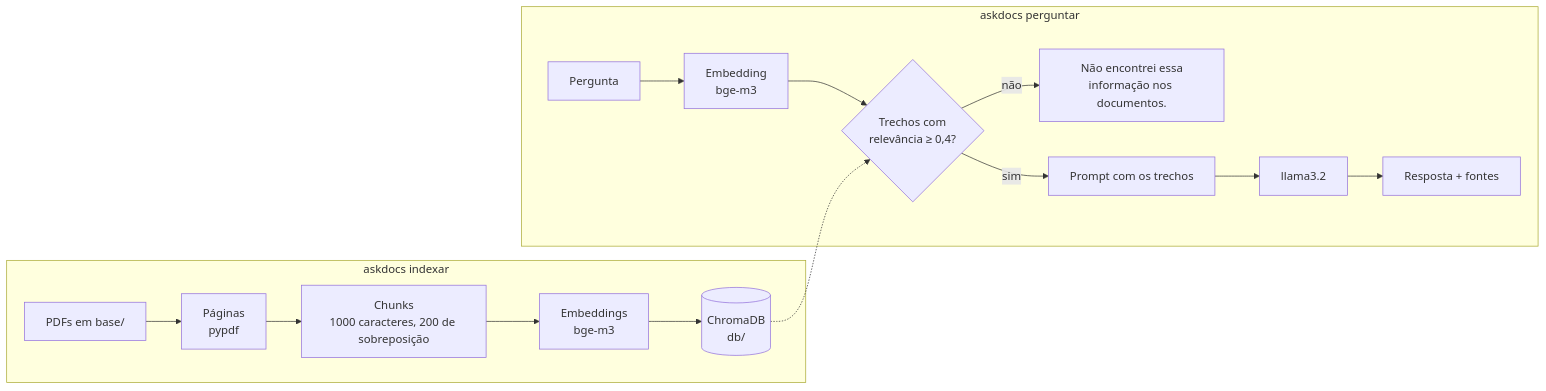
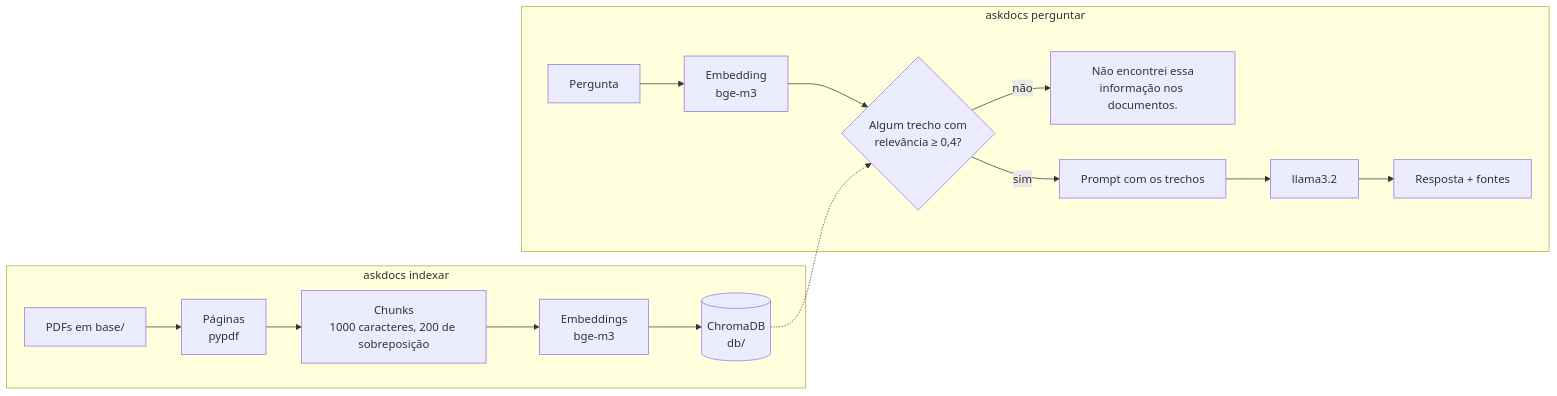
The diagram in README.md (LucasEstrela-FullStack/Askdocs), drawn with Mermaid before and after one commit. The commit also changed other lines of this file and 5 other files, not shown here.

````diff
--- a/README.md
+++ b/README.md
@@ -18,16 +18,16 @@
 ```mermaid
 flowchart LR
     subgraph indexar["askdocs indexar"]
         A[PDFs em base/] --> B[Páginas<br/>pypdf]
         B --> C[Chunks<br/>1000 caracteres, 200 de sobreposição]
         C --> D[Embeddings<br/>bge-m3]
         D --> E[(ChromaDB<br/>db/)]
     end
     subgraph perguntar["askdocs perguntar"]
         P[Pergunta] --> Q[Embedding<br/>bge-m3]
-        Q --> R{Trechos com<br/>relevância ≥ 0,4?}
+        Q --> R{Algum trecho com<br/>relevância ≥ 0,4?}
         E -.-> R
         R -- não --> S["Não encontrei essa<br/>informação nos documentos."]
         R -- sim --> T[Prompt com os trechos] --> U[llama3.2] --> V[Resposta + fontes]
     end
 ```
````
